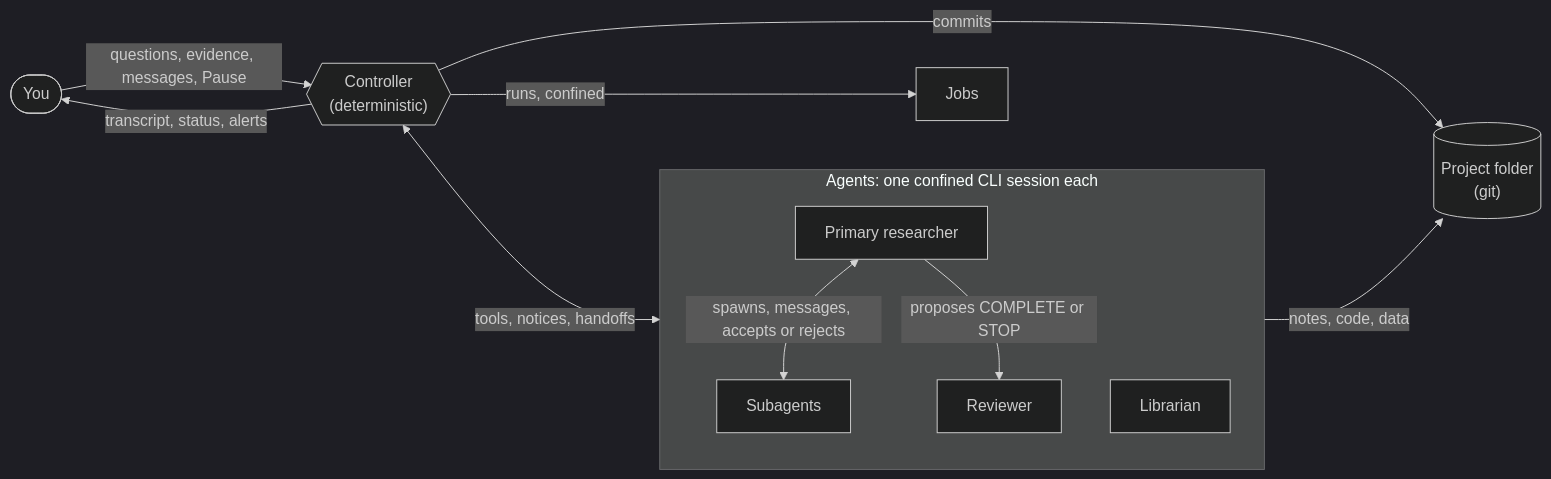
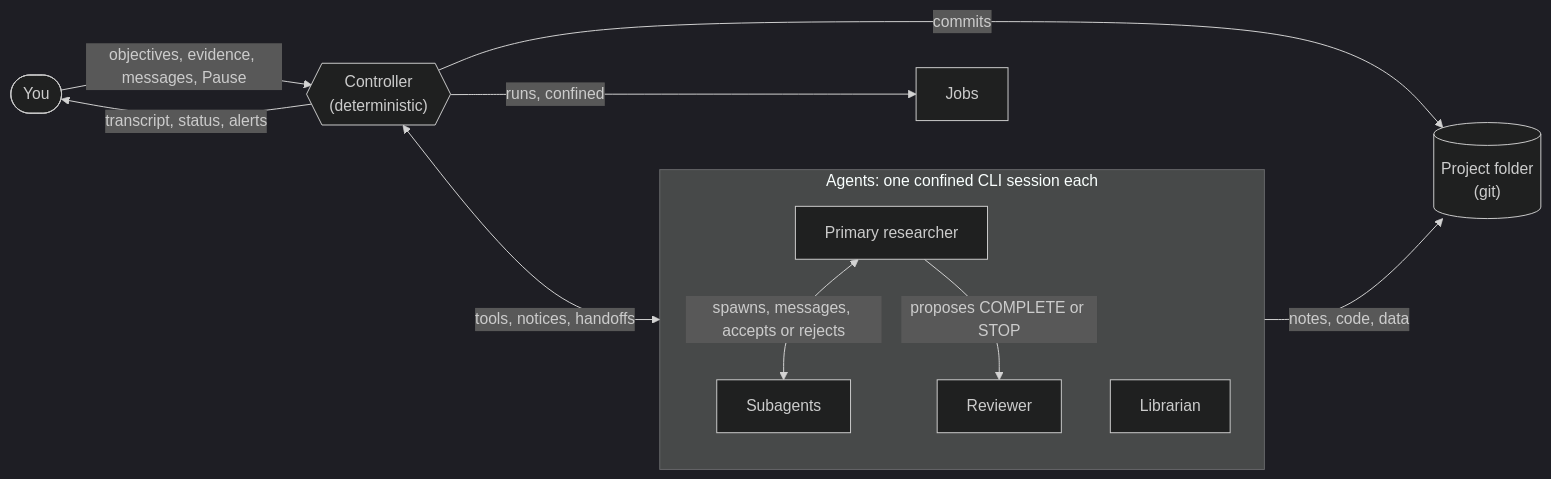
One commit to OtiDioti/research_pipeline changed the diagram in README.md. Above: the diagram before and after it, drawn with Mermaid (dark theme). The commit also changed other lines of this file and 24 other files, not shown here.

First line of the commit message:
Objectives instead of questions: research tasks as well as questions (0.9.0)

````diff
--- a/README.md
+++ b/README.md
@@ -12,14 +12,14 @@
 ```mermaid
 flowchart LR
-    You([You]) -->|questions, evidence, messages, Pause| C{{"Controller<br/>(deterministic)"}}
+    You([You]) -->|objectives, evidence, messages, Pause| C{{"Controller<br/>(deterministic)"}}
     C -->|transcript, status, alerts| You
     C <-->|tools, notices, handoffs| A
     subgraph A ["Agents: one confined CLI session each"]
         P[Primary researcher] <-->|spawns, messages, accepts or rejects| S[Subagents]
         P -->|proposes COMPLETE or STOP| R[Reviewer]
         L[Librarian]
     end
     C -->|runs, confined| J[Jobs]
     A -->|notes, code, data| F[("Project folder<br/>(git)")]
     C -->|commits| F
 ```
````
